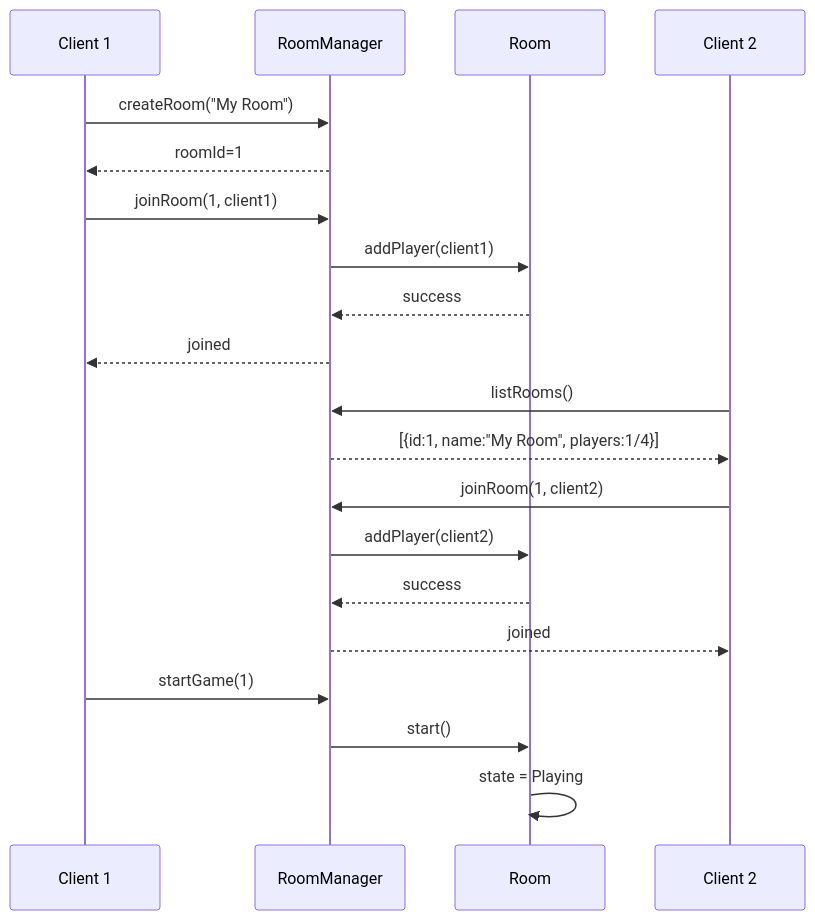
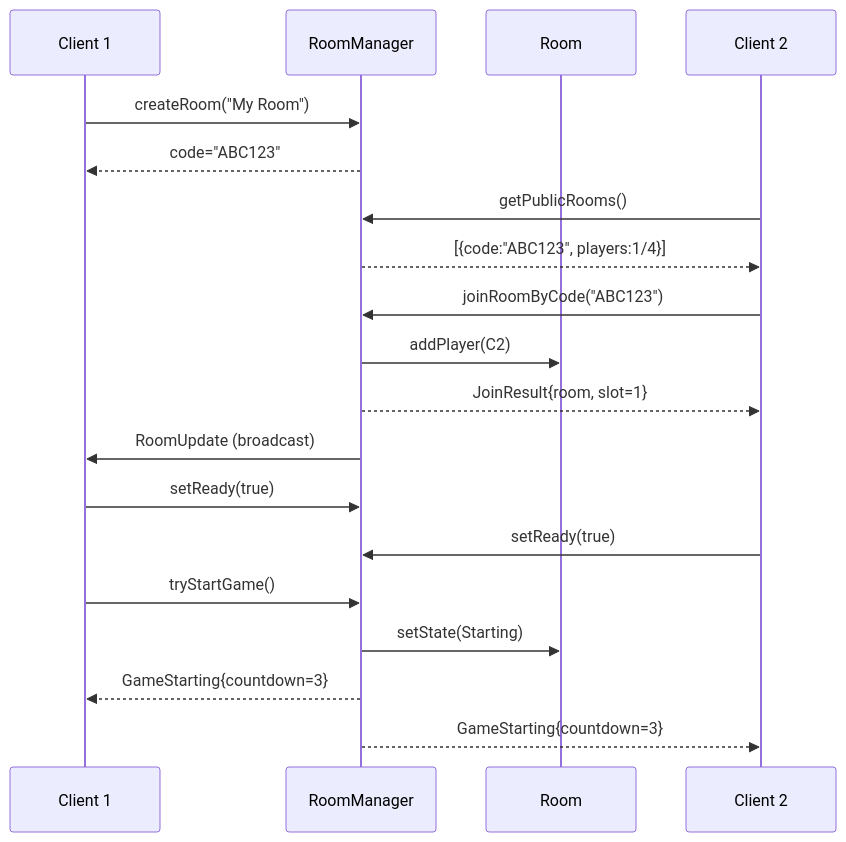
One commit to ChrisG-L/rtype changed the second of 2 diagrams in docs/api/serveur/room-manager.md. Above: the diagram before and after it, drawn with Mermaid. The commit also changed other lines of this file and 29 other files, not shown here.

````diff
--- a/docs/api/serveur/room-manager.md
+++ b/docs/api/serveur/room-manager.md
@@ -232,27 +305,26 @@
 ```mermaid
 sequenceDiagram
     participant C1 as Client 1
     participant RM as RoomManager
     participant Room
     participant C2 as Client 2
 
     C1->>RM: createRoom("My Room")
-    RM-->>C1: roomId=1
+    RM-->>C1: code="ABC123"
 
-    C1->>RM: joinRoom(1, client1)
-    RM->>Room: addPlayer(client1)
-    Room-->>RM: success
-    RM-->>C1: joined
+    C2->>RM: getPublicRooms()
+    RM-->>C2: [{code:"ABC123", players:1/4}]
 
-    C2->>RM: listRooms()
-    RM-->>C2: [{id:1, name:"My Room", players:1/4}]
+    C2->>RM: joinRoomByCode("ABC123")
+    RM->>Room: addPlayer(C2)
+    RM-->>C2: JoinResult{room, slot=1}
+    RM->>C1: RoomUpdate (broadcast)
 
-    C2->>RM: joinRoom(1, client2)
-    RM->>Room: addPlayer(client2)
-    Room-->>RM: success
-    RM-->>C2: joined
+    C1->>RM: setReady(true)
+    C2->>RM: setReady(true)
 
-    C1->>RM: startGame(1)
-    RM->>Room: start()
-    Room->>Room: state = Playing
+    C1->>RM: tryStartGame()
+    RM->>Room: setState(Starting)
+    RM-->>C1: GameStarting{countdown=3}
+    RM-->>C2: GameStarting{countdown=3}
 ```
````
